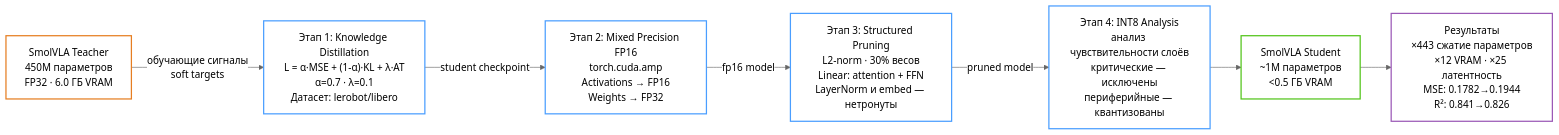
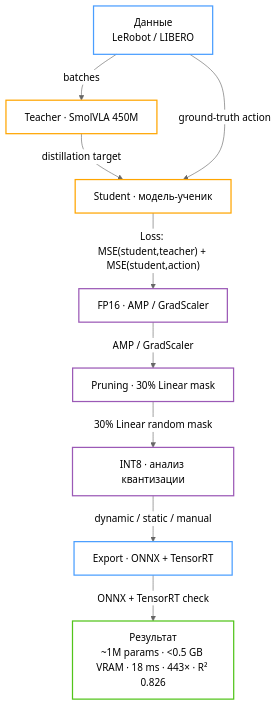
Before and after one commit to deneal123/AgentsSwarm: the diagram in mmd/fig_4_1_smolvla_pipeline.mmd, drawn with Mermaid (neutral theme). The commit also changed 43 other files, not shown here.

```diff
--- a/mmd/fig_4_1_smolvla_pipeline.mmd
+++ b/mmd/fig_4_1_smolvla_pipeline.mmd
@@ -1,29 +1,27 @@
-graph LR
-    Teacher["SmolVLA Teacher\n450M параметров\nFP32 · 6.0 ГБ VRAM"]
+graph TB
+    Data["Данные\nLeRobot / LIBERO"]
+    Teacher["Teacher · SmolVLA 450M"]
+    Student["Student · модель-ученик"]
+    FP16["FP16 · AMP / GradScaler"]
+    Pruning["Pruning · 30% Linear mask"]
+    INT8["INT8 · анализ квантизации"]
+    Export["Export · ONNX + TensorRT"]
+    Result["Результат\n~1M params · <0.5 GB VRAM · 18 ms · 443× · R² 0.826"]
 
-    Stage1["Этап 1: Knowledge Distillation\nL = α·MSE + (1-α)·KL + λ·AT\nα=0.7 · λ=0.1\nДатасет: lerobot/libero"]
+    Data -->|"batches"| Teacher
+    Teacher -->|"distillation target"| Student
+    Data -->|"ground-truth action"| Student
+    Student -->|"Loss: MSE(student,teacher) + MSE(student,action)"| FP16
+    FP16 -->|"AMP / GradScaler"| Pruning
+    Pruning -->|"30% Linear random mask"| INT8
+    INT8 -->|"dynamic / static / manual"| Export
+    Export -->|"ONNX + TensorRT check"| Result
 
-    Stage2["Этап 2: Mixed Precision FP16\ntorch.cuda.amp\nActivations → FP16\nWeights → FP32"]
-
-    Stage3["Этап 3: Structured Pruning\nL2-norm · 30% весов\nLinear: attention + FFN\nLayerNorm и embed — нетронуты"]
-
-    Stage4["Этап 4: INT8 Analysis\nанализ чувствительности слоёв\nкритические — исключены\nпериферийные — квантизованы"]
-
-    Student["SmolVLA Student\n~1M параметров\n<0.5 ГБ VRAM"]
-
-    Metrics["Результаты\n×443 сжатие параметров\n×12 VRAM · ×25 латентность\nMSE: 0.1782→0.1944\nR²: 0.841→0.826"]
-
-    Teacher -->|"обучающие сигналы\nsoft targets"| Stage1
-    Stage1 -->|"student checkpoint"| Stage2
-    Stage2 -->|"fp16 model"| Stage3
-    Stage3 -->|"pruned model"| Stage4
-    Stage4 --> Student
-    Student --> Metrics
-
-    style Teacher fill:none,stroke:#e67e22,stroke-width:2px,color:#000
-    style Stage1 fill:none,stroke:#4a9eff,stroke-width:2px,color:#000
-    style Stage2 fill:none,stroke:#4a9eff,stroke-width:2px,color:#000
-    style Stage3 fill:none,stroke:#4a9eff,stroke-width:2px,color:#000
-    style Stage4 fill:none,stroke:#4a9eff,stroke-width:2px,color:#000
-    style Student fill:none,stroke:#52c41a,stroke-width:2px,color:#000
-    style Metrics fill:none,stroke:#9b59b6,stroke-width:2px,color:#000
+    style Data fill:none,stroke:#4a9eff,stroke-width:2px,color:#000
+    style Teacher fill:none,stroke:#ffa500,stroke-width:2px,color:#000
+    style Student fill:none,stroke:#ffa500,stroke-width:2px,color:#000
+    style FP16 fill:none,stroke:#9b59b6,stroke-width:2px,color:#000
+    style Pruning fill:none,stroke:#9b59b6,stroke-width:2px,color:#000
+    style INT8 fill:none,stroke:#9b59b6,stroke-width:2px,color:#000
+    style Export fill:none,stroke:#4a9eff,stroke-width:2px,color:#000
+    style Result fill:none,stroke:#52c41a,stroke-width:2px,color:#000
```
